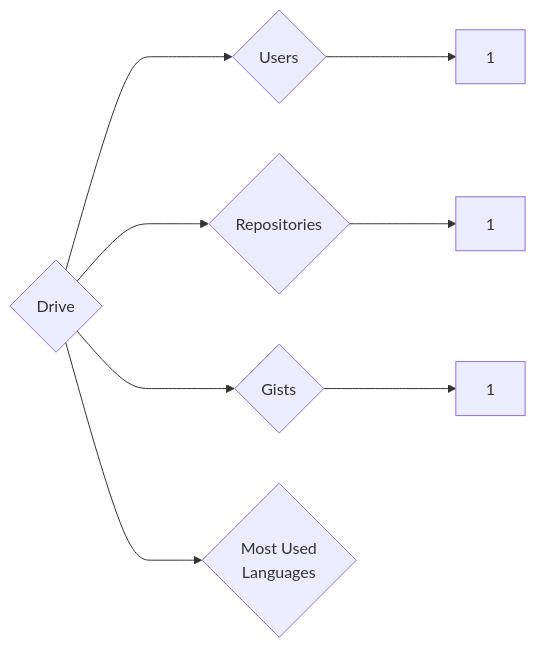
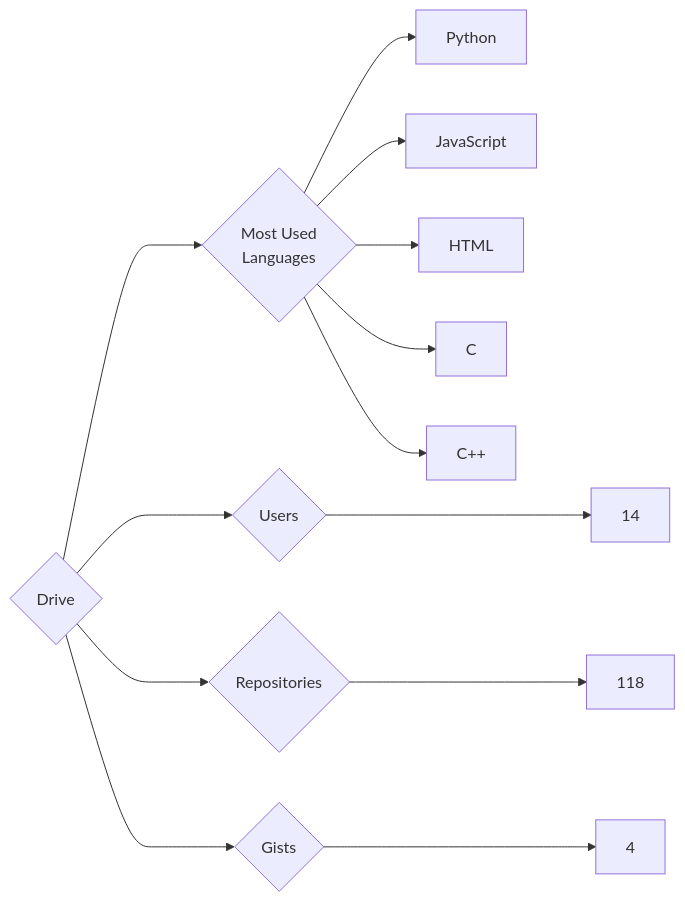
One commit to trickest/insiders changed the diagram in targets/Drive/README.md. Above: the diagram before and after it, drawn with Mermaid. The commit also changed 944 other files, not shown here.

````diff
--- a/targets/Drive/README.md
+++ b/targets/Drive/README.md
@@ -3,8 +3,13 @@
 ```mermaid
 graph LR
 COMPANY_NAME{Drive}
-COMPANY_NAME ---> U{Users} ---> UN[1]
-COMPANY_NAME ---> R{Repositories} ---> RN[1]
-COMPANY_NAME ---> G{Gists} ---> GN[1]
+COMPANY_NAME ---> U{Users} ---> UN[14]
+COMPANY_NAME ---> R{Repositories} ---> RN[118]
+COMPANY_NAME ---> G{Gists} ---> GN[4]
 COMPANY_NAME ---> ML{Most Used<br>Languages}
+ML --> Python[Python]
+ML --> JavaScript[JavaScript]
+ML --> HTML[HTML]
+ML --> C[C]
+ML --> C++[C++]
 ```
````
